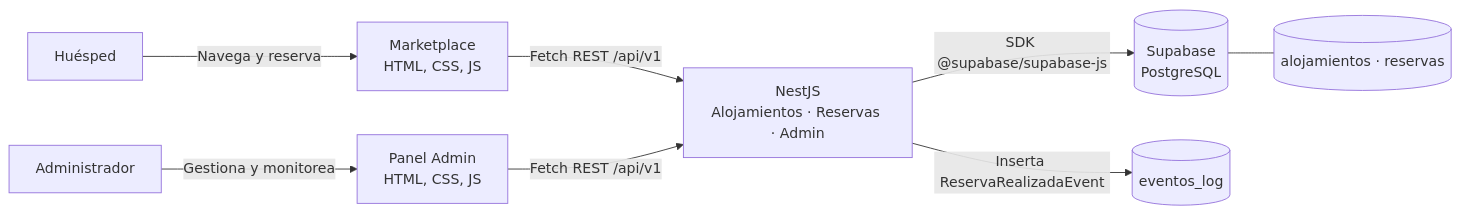
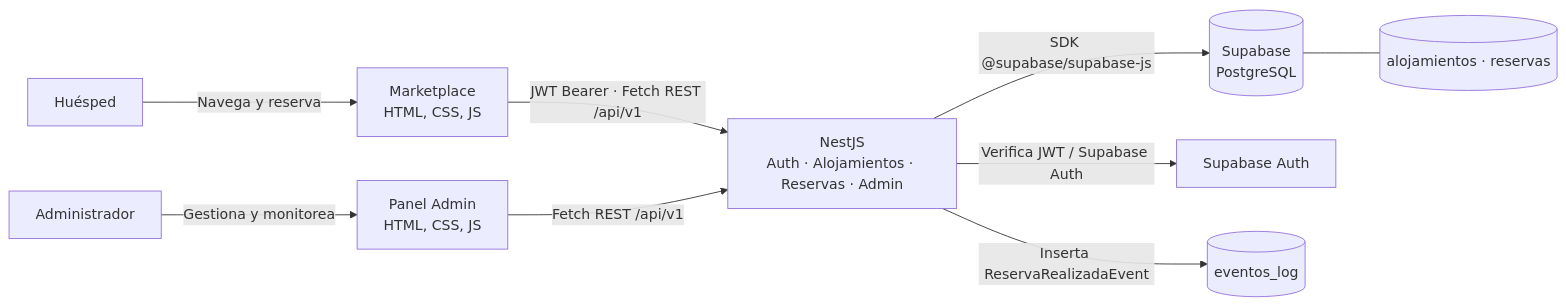
Before and after one commit to morenokarol10/booking-alojamiento: the first of 2 diagrams in README.md, drawn with Mermaid. The commit also changed other lines of this file and 40 other files, not shown here.

````diff
--- a/README.md
+++ b/README.md
@@ -31,10 +31,11 @@
 ```mermaid
 flowchart LR
     Guest[Huésped] -->|Navega y reserva| Marketplace[Marketplace<br/>HTML, CSS, JS]
     Admin[Administrador] -->|Gestiona y monitorea| Panel[Panel Admin<br/>HTML, CSS, JS]
-    Marketplace -->|Fetch REST /api/v1| API[NestJS<br/>Alojamientos · Reservas · Admin]
+    Marketplace -->|JWT Bearer · Fetch REST /api/v1| API[NestJS<br/>Auth · Alojamientos · Reservas · Admin]
     Panel -->|Fetch REST /api/v1| API
     API -->|SDK @supabase/supabase-js| Supabase[(Supabase<br/>PostgreSQL)]
+    API -->|Verifica JWT / Supabase Auth| Auth[Supabase Auth]
     API -->|Inserta ReservaRealizadaEvent| EventLog[(eventos_log)]
     Supabase --- Data[(alojamientos · reservas)]
 ```
````
